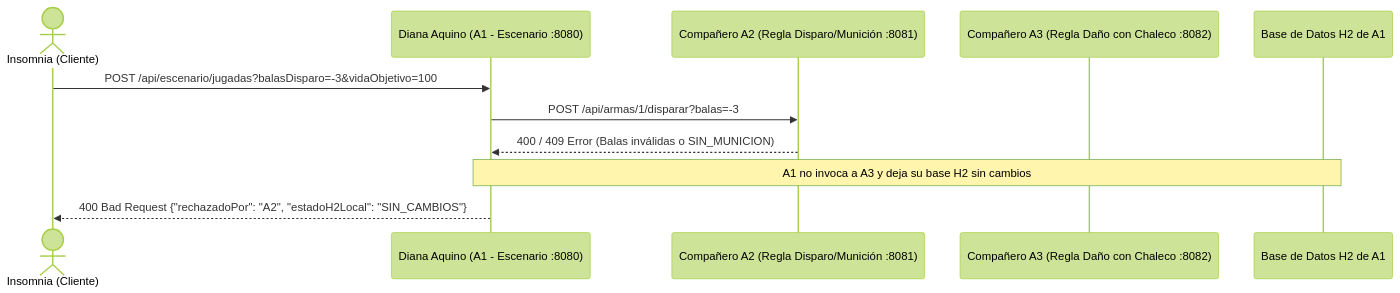
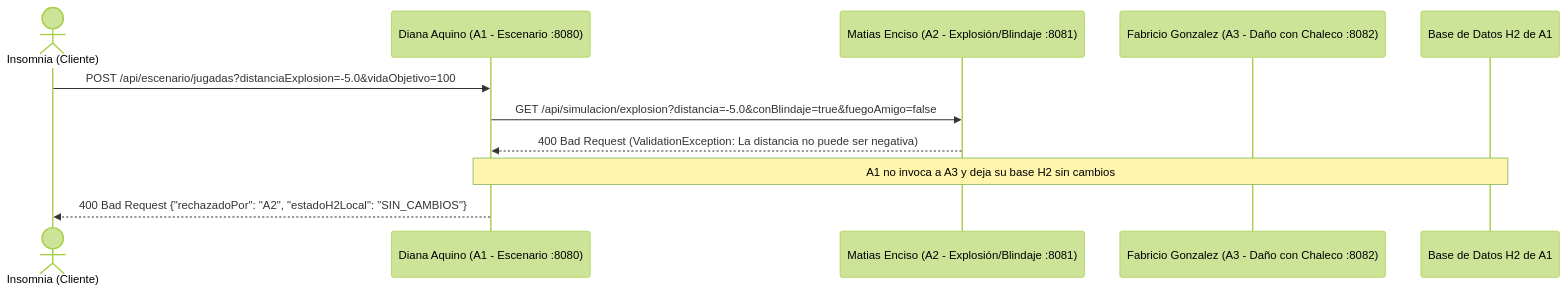
One commit to dianamariapaz2104/daquino-tp-lp3-2026 changed the second of 4 diagrams in README.md. Above: the diagram before and after it, drawn with Mermaid (forest theme). The commit also changed other lines of this file and 6 other files, not shown here.

Commit message:
feat(poo09): conectar A2 con GET /api/simulacion/explosion de Matias Enciso

````diff
--- a/README.md
+++ b/README.md
@@ -103,14 +103,14 @@
 ```mermaid
 sequenceDiagram
     actor Cliente as Insomnia (Cliente)
     participant A1 as Diana Aquino (A1 - Escenario :8080)
-    participant A2 as Compañero A2 (Regla Disparo/Munición :8081)
-    participant A3 as Compañero A3 (Regla Daño con Chaleco :8082)
+    participant A2 as Matias Enciso (A2 - Explosión/Blindaje :8081)
+    participant A3 as Fabricio Gonzalez (A3 - Daño con Chaleco :8082)
     participant H2 as Base de Datos H2 de A1
 
-    Cliente->>A1: POST /api/escenario/jugadas?balasDisparo=-3&vidaObjetivo=100
-    A1->>A2: POST /api/armas/1/disparar?balas=-3
-    A2-->>A1: 400 / 409 Error (Balas inválidas o SIN_MUNICION)
+    Cliente->>A1: POST /api/escenario/jugadas?distanciaExplosion=-5.0&vidaObjetivo=100
+    A1->>A2: GET /api/simulacion/explosion?distancia=-5.0&conBlindaje=true&fuegoAmigo=false
+    A2-->>A1: 400 Bad Request (ValidationException: La distancia no puede ser negativa)
     Note over A1,H2: A1 no invoca a A3 y deja su base H2 sin cambios
     A1-->>Cliente: 400 Bad Request {"rechazadoPor": "A2", "estadoH2Local": "SIN_CAMBIOS"}
 ```
````
